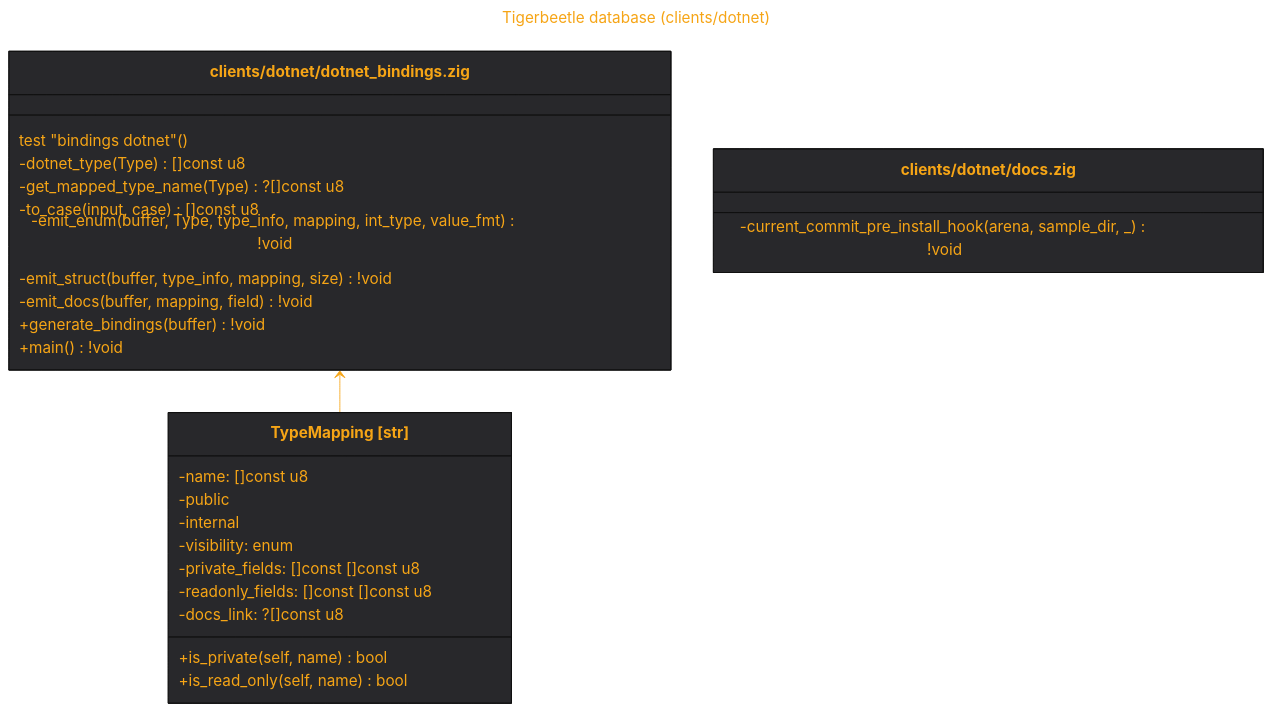
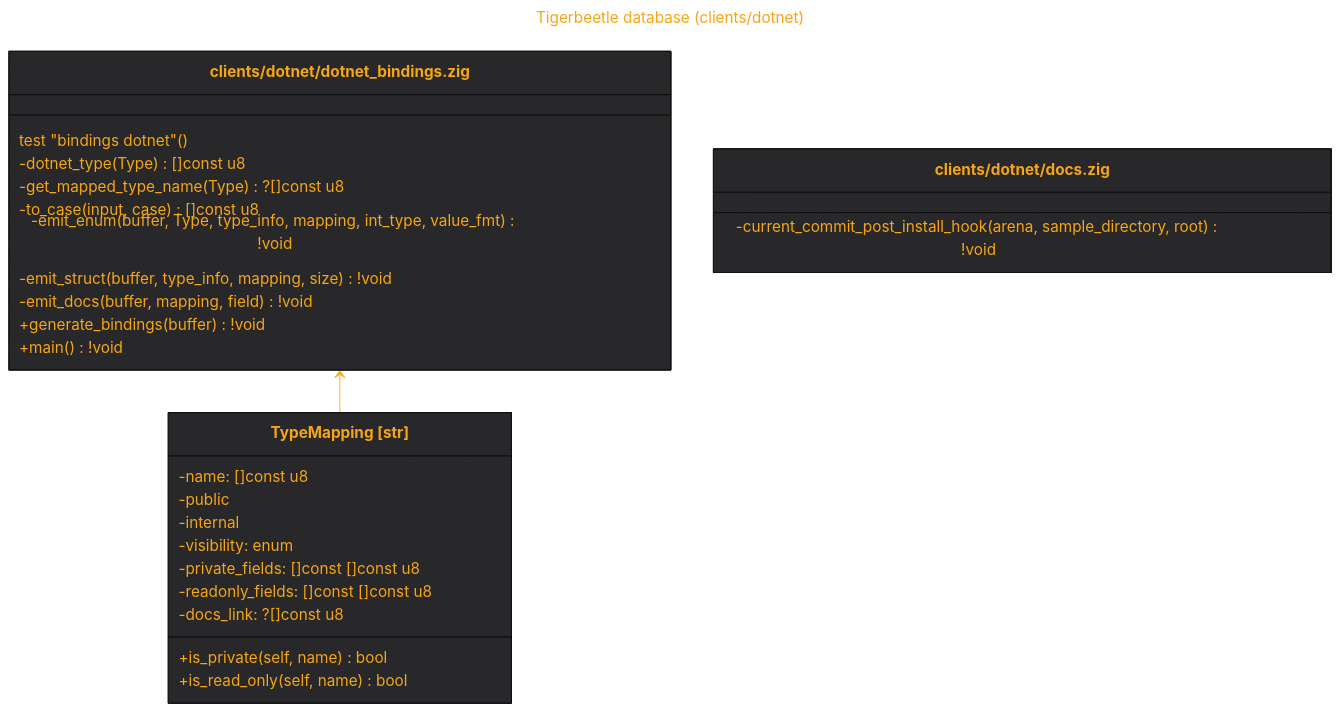
The diagram in out/src.clients.dotnet.md (tensorush/meduza), drawn with Mermaid before and after one commit. The commit also changed 10 other files, not shown here.

````diff
--- a/out/src.clients.dotnet.md
+++ b/out/src.clients.dotnet.md
@@ -1,47 +1,47 @@
 ```mermaid
 ---
 title: Tigerbeetle database (clients/dotnet)
 ---
 %%{
     init: {
         'theme': 'base',
         'themeVariables': {
             'fontSize': '18px',
             'fontFamily': 'arial',
             'lineColor': '#F6A516',
             'primaryColor': '#28282B',
             'primaryTextColor': '#F6A516'
         }
     }
 }%%
 classDiagram
 class TypeMapping["TypeMapping [str]"] {
     -name: []const u8
     -public
     -internal
     -visibility: enum
     -private_fields: []const []const u8
     -readonly_fields: []const []const u8
     -docs_link: ?[]const u8
     +is_private(self, name) bool
     +is_read_only(self, name) bool
 }
 link TypeMapping "https://github.com/tigerbeetle/tigerbeetle/blob/main/src/clients/dotnet/dotnet_bindings.zig#L7"
 class `clients/dotnet/dotnet_bindings.zig` {
     test "bindings dotnet"()
     -dotnet_type(Type) []const u8
     -get_mapped_type_name(Type) ?[]const u8
     -to_case(input, case) []const u8
     -emit_enum(buffer, Type, type_info, mapping, int_type, value_fmt) !void
     -emit_struct(buffer, type_info, mapping, size) !void
     -emit_docs(buffer, mapping, field) !void
     +generate_bindings(buffer) !void
     +main() !void
 }
 `clients/dotnet/dotnet_bindings.zig` <-- TypeMapping
 link `clients/dotnet/dotnet_bindings.zig` "https://github.com/tigerbeetle/tigerbeetle/blob/main/src/clients/dotnet/dotnet_bindings.zig"
 class `clients/dotnet/docs.zig` {
-    -current_commit_pre_install_hook(arena, sample_dir, _) !void
+    -current_commit_post_install_hook(arena, sample_directory, root) !void
 }
 link `clients/dotnet/docs.zig` "https://github.com/tigerbeetle/tigerbeetle/blob/main/src/clients/dotnet/docs.zig"
 ```
````
